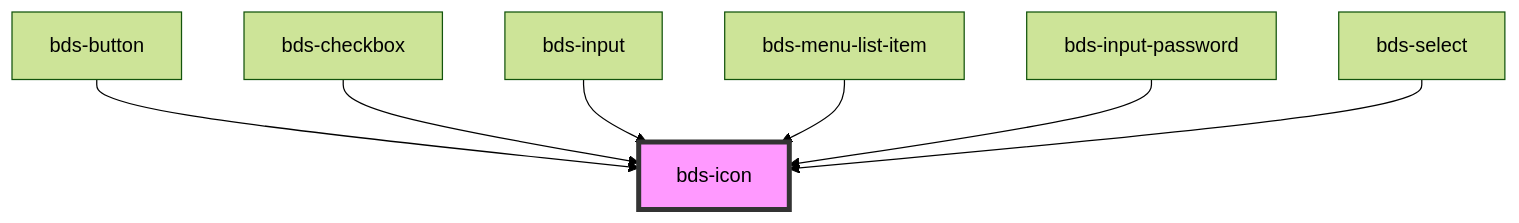
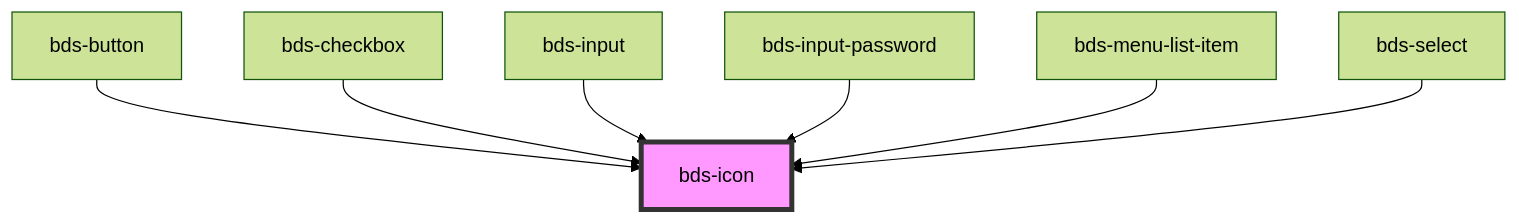
The diagram in src/components/icon/readme.md (takenet/blip-ds), drawn with Mermaid (forest theme) before and after one commit. The commit also changed other lines of this file and 3 other files, not shown here.

````diff
--- a/src/components/icon/readme.md
+++ b/src/components/icon/readme.md
@@ -31,10 +31,10 @@
 ```mermaid
 graph TD;
   bds-button --> bds-icon
   bds-checkbox --> bds-icon
   bds-input --> bds-icon
+  bds-input-password --> bds-icon
   bds-menu-list-item --> bds-icon
-  bds-input-password --> bds-icon
   bds-select --> bds-icon
   style bds-icon fill:#f9f,stroke:#333,stroke-width:4px
 ```
````
